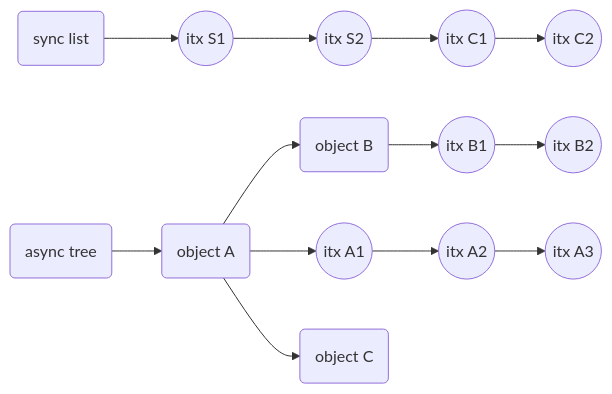
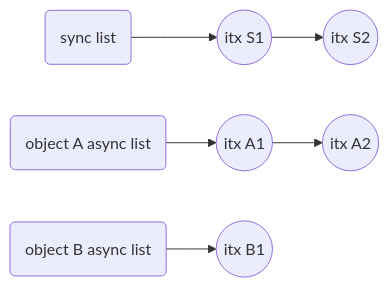
One commit to prakashsurya/prakashsurya.github.io changed the third of 44 diagrams in content/post/2017-10-24-zil-performance-how-i-doubled-sync-write-speed.md. Above: the diagram before and after it, drawn with Mermaid. The commit also changed other lines of this file, not shown here.

```diff
--- a/content/post/2017-10-24-zil-performance-how-i-doubled-sync-write-speed.md
+++ b/content/post/2017-10-24-zil-performance-how-i-doubled-sync-write-speed.md
@@ -291,16 +500,10 @@
 <div class="mermaid">
 graph LR
   SLIST(sync list) --> SLIST-1((itx S1))
   SLIST-1          --> SLIST-2((itx S2))
-  SLIST-2          --> OBJ-C-1((itx C1))
-  OBJ-C-1          --> OBJ-C-2((itx C2))
 
-  ATREE(async tree) --> OBJ-A(object A)
-  OBJ-A             --> OBJ-B(object B)
-  OBJ-B             --> OBJ-B-1((itx B1))
-  OBJ-B-1           --> OBJ-B-2((itx B2))
-  OBJ-A             --> OBJ-A-1((itx A1))
-  OBJ-A-1           --> OBJ-A-2((itx A2))
-  OBJ-A-2           --> OBJ-A-3((itx A3))
-  OBJ-A             --> OBJ-C(object C)
+  OBJ-A(object A async list) --> OBJ-A-1((itx A1))
+  OBJ-A-1                    --> OBJ-A-2((itx A2))
+
+  OBJ-B(object B async list) --> OBJ-B-1((itx B1))
 </div>
```
